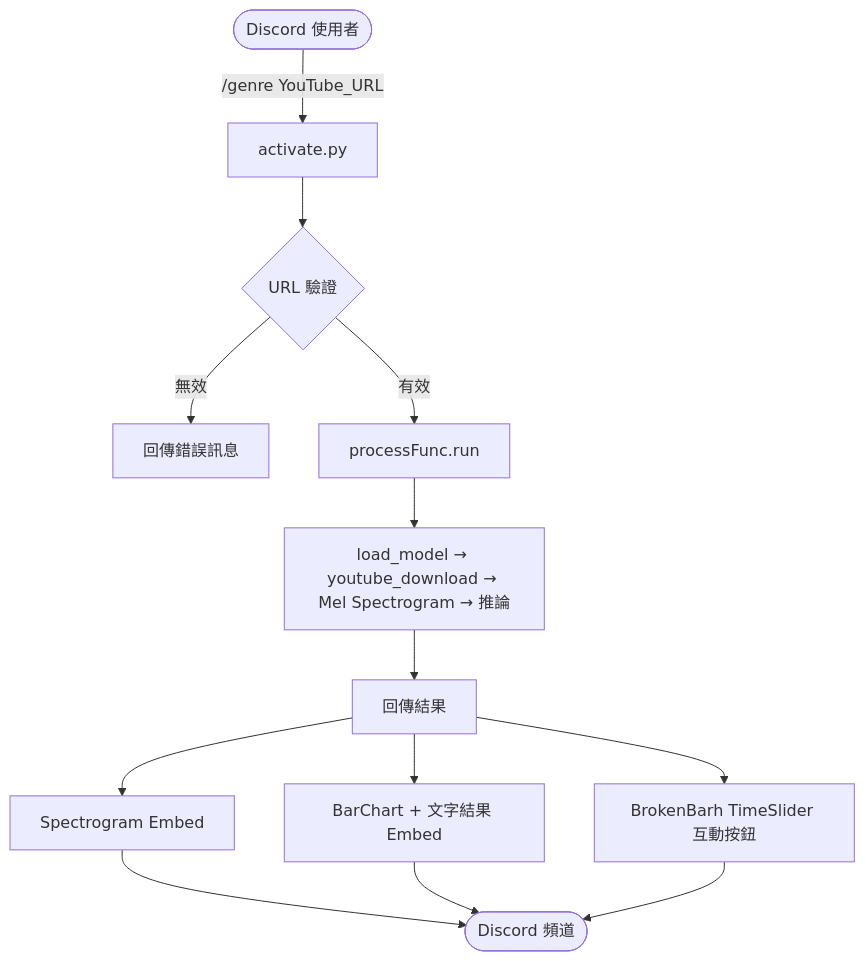
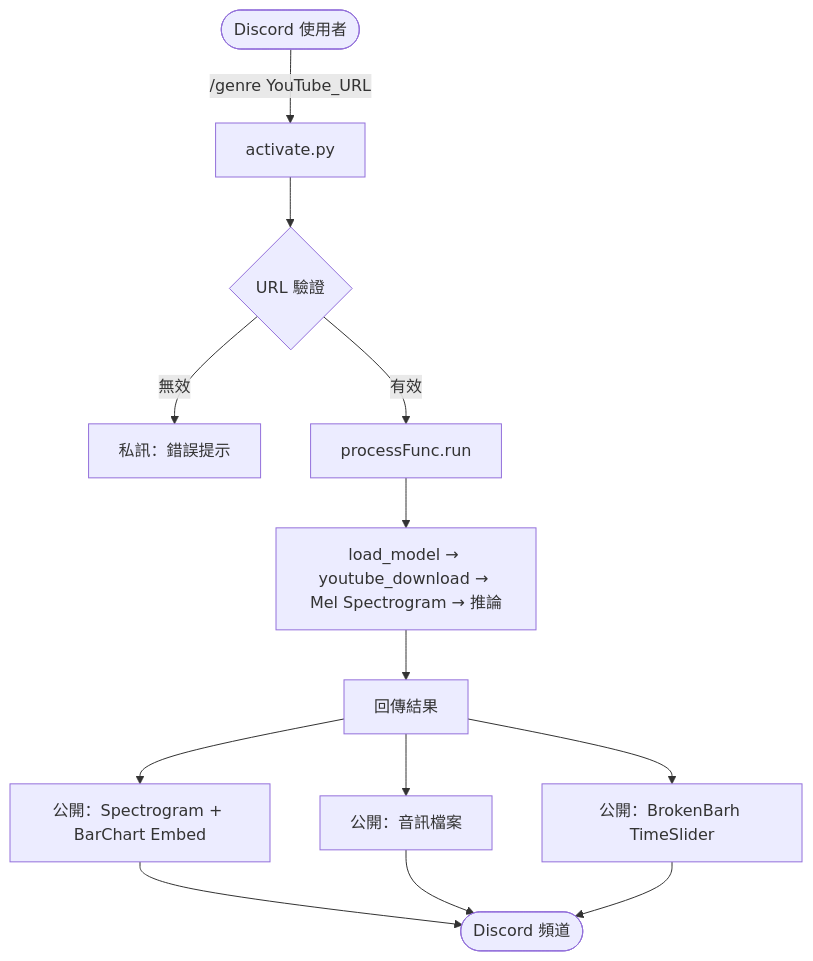
The second of 3 diagrams in README.md (yoshi-huang/MusicGenrePredictor), drawn with Mermaid before and after one commit. The commit also changed other lines of this file and 59 other files, not shown here.

````diff
--- a/README.md
+++ b/README.md
@@ -273,15 +176,15 @@
 ```mermaid
 flowchart TD
     U([Discord 使用者]) -->|/genre YouTube_URL| A[activate.py]
     A --> B{URL 驗證}
-    B -->|無效| Z[回傳錯誤訊息]
+    B -->|無效| Z[私訊：錯誤提示]
     B -->|有效| C[processFunc.run]
     C --> D[load_model → youtube_download → Mel Spectrogram → 推論]
     D --> E[回傳結果]
-    E --> F[Spectrogram Embed]
-    E --> G[BarChart + 文字結果 Embed]
-    E --> H[BrokenBarh TimeSlider 互動按鈕]
-    F --> U2([Discord 頻道])
-    G --> U2
-    H --> U2
+    E --> F[公開：Spectrogram + BarChart Embed]
+    E --> G[公開：音訊檔案]
+    E --> H[公開：BrokenBarh TimeSlider]
+    F --> CH([Discord 頻道])
+    G --> CH
+    H --> CH
 ```
````
